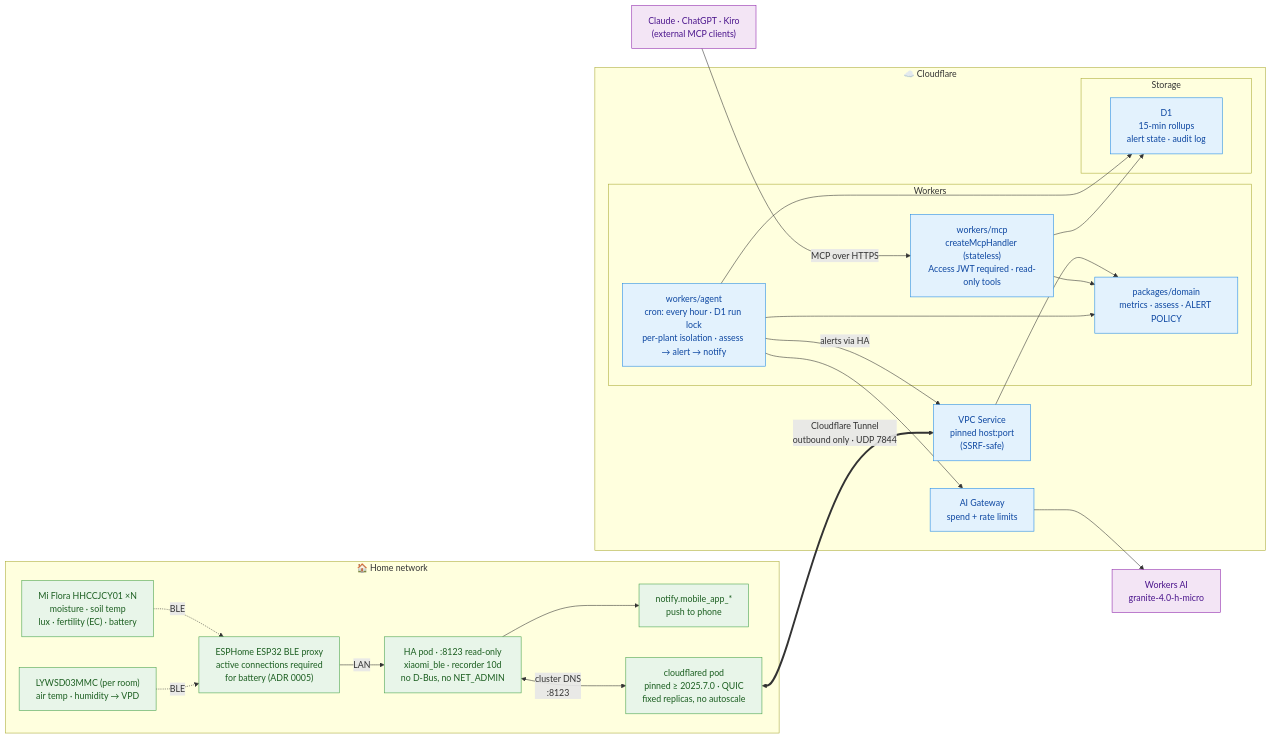
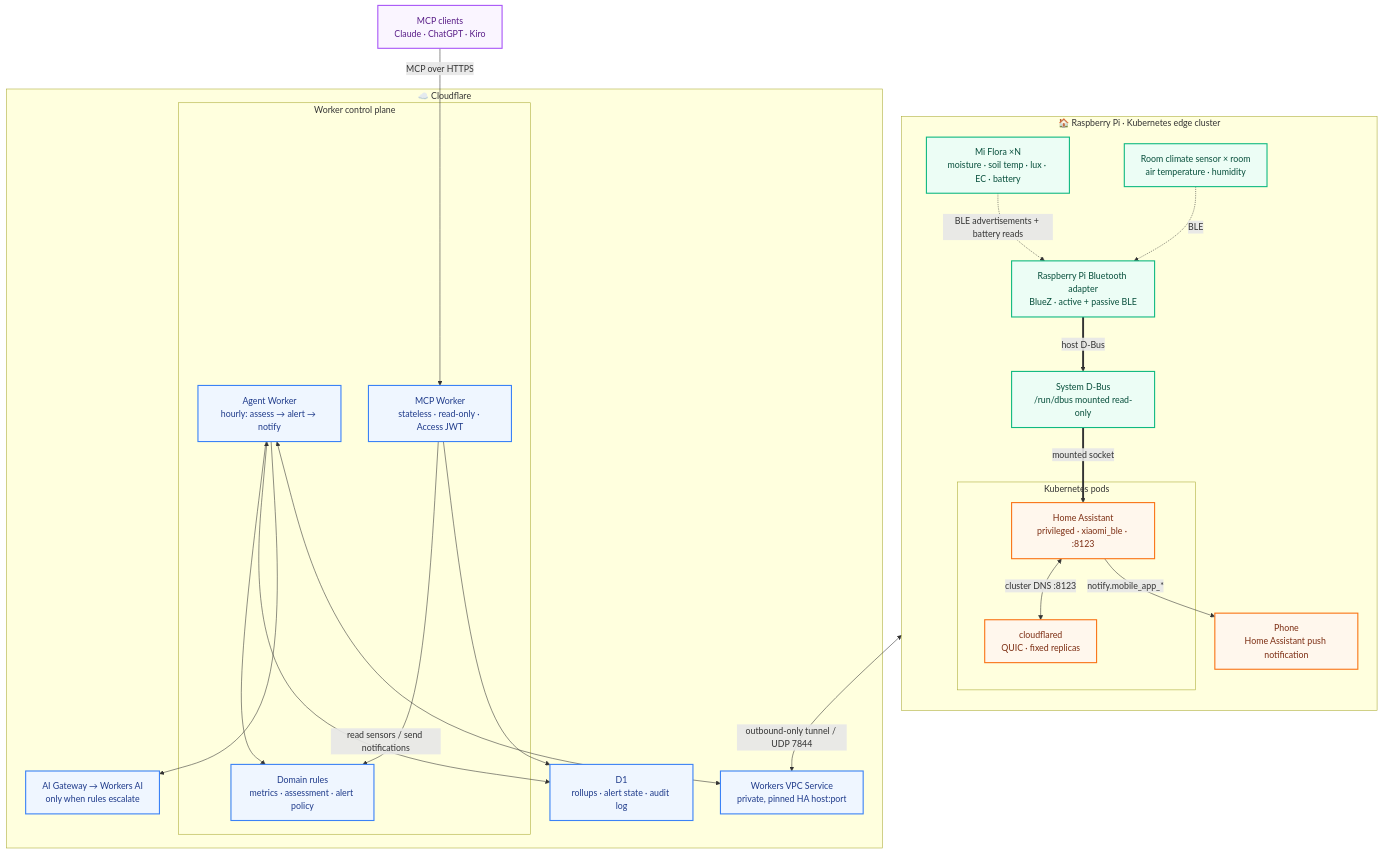
Before and after one commit to mysticrenji/agent-greenhopper: the diagram in README.md, drawn with Mermaid. The commit also changed other lines of this file and 5 other files, not shown here.

````diff
--- a/README.md
+++ b/README.md
@@ -20,55 +20,56 @@
 ```mermaid
-flowchart LR
-    subgraph HOME["🏠 Home network"]
-        MIFLORA["Mi Flora HHCCJCY01 ×N<br/>moisture · soil temp<br/>lux · fertility (EC) · battery"]
-        RHSENSOR["LYWSD03MMC (per room)<br/>air temp · humidity → VPD"]
-        PROXY["ESPHome ESP32 BLE proxy<br/>active connections required<br/>for battery (ADR 0005)"]
-        HA["HA pod · :8123 read-only<br/>xiaomi_ble · recorder 10d<br/>no D-Bus, no NET_ADMIN"]
-        NOTIFY["notify.mobile_app_*<br/>push to phone"]
-        CFD["cloudflared pod<br/>pinned ≥ 2025.7.0 · QUIC<br/>fixed replicas, no autoscale"]
+flowchart TB
+    subgraph EDGE["🏠 Raspberry Pi · Kubernetes edge cluster"]
+        direction TB
+        MIFLORA["Mi Flora ×N<br/>moisture · soil temp · lux · EC · battery"]
+        ROOM["Room climate sensor × room<br/>air temperature · humidity"]
+        BT["Raspberry Pi Bluetooth adapter<br/>BlueZ · active + passive BLE"]
+        DBUS["System D-Bus<br/>/run/dbus mounted read-only"]
 
-        MIFLORA -. BLE .-> PROXY
-        RHSENSOR -. BLE .-> PROXY
-        PROXY -- "LAN" --> HA
-        HA <-- "cluster DNS<br/>:8123" --> CFD
-        HA --> NOTIFY
+        subgraph PODS["Kubernetes pods"]
+            HA["Home Assistant<br/>privileged · xiaomi_ble · :8123"]
+            TUNNEL["cloudflared<br/>QUIC · fixed replicas"]
+        end
+
+        PHONE["Phone<br/>Home Assistant push notification"]
+
+        MIFLORA -.->|BLE advertisements + battery reads| BT
+        ROOM -.->|BLE| BT
+        BT ==>|host D-Bus| DBUS
+        DBUS ==>|mounted socket| HA
+        HA -->|notify.mobile_app_*| PHONE
+        HA <-->|cluster DNS :8123| TUNNEL
     end
 
-    CFD <== "Cloudflare Tunnel<br/>outbound only · UDP 7844" ==> VPC
+    TUNNEL <-->|outbound-only tunnel / UDP 7844| VPC
 
     subgraph CF["☁️ Cloudflare"]
-        VPC["VPC Service<br/>pinned host:port<br/>(SSRF-safe)"]
-
-        subgraph WORKERS["Workers"]
-            MCP["workers/mcp<br/>createMcpHandler (stateless)<br/>Access JWT required · read-only tools"]
-            AGENT["workers/agent<br/>cron: every hour · D1 run lock<br/>per-plant isolation · assess → alert → notify"]
-            CORE["packages/domain<br/>metrics · assess · ALERT POLICY"]
+        VPC["Workers VPC Service<br/>private, pinned HA host:port"]
+        subgraph WORKERS["Worker control plane"]
+            AGENT["Agent Worker<br/>hourly: assess → alert → notify"]
+            MCP["MCP Worker<br/>stateless · read-only · Access JWT"]
+            DOMAIN["Domain rules<br/>metrics · assessment · alert policy"]
         end
-
-        subgraph STORE["Storage"]
-            D1["D1<br/>15-min rollups<br/>alert state · audit log"]
-        end
-
-        GW["AI Gateway<br/>spend + rate limits"]
+        D1["D1<br/>rollups · alert state · audit log"]
+        AI["AI Gateway → Workers AI<br/>only when rules escalate"]
     end
 
-    LLM["Workers AI<br/>granite-4.0-h-micro"]
-    CLIENTS["Claude · ChatGPT · Kiro<br/>(external MCP clients)"]
+    CLIENTS["MCP clients<br/>Claude · ChatGPT · Kiro"]
 
-    VPC --> CORE
-    MCP --> CORE
-    AGENT --> CORE
-    AGENT --> D1
+    AGENT --> DOMAIN
+    MCP --> DOMAIN
+    AGENT <--> D1
     MCP --> D1
-    AGENT --> GW
-    GW --> LLM
-    AGENT -- "alerts via HA" --> VPC
-    CLIENTS -- "MCP over HTTPS" --> MCP
+    AGENT --> AI
+    AGENT <-->|read sensors / send notifications| VPC
+    CLIENTS -->|MCP over HTTPS| MCP
 
-    classDef home fill:#e8f5e9,stroke:#43a047,color:#1b5e20
-    classDef cloud fill:#e3f2fd,stroke:#1e88e5,color:#0d47a1
-    classDef ext fill:#f3e5f5,stroke:#8e24aa,color:#4a148c
-    class MIFLORA,RHSENSOR,PROXY,HA,NOTIFY,CFD home
-    class VPC,MCP,AGENT,CORE,D1,GW cloud
-    class LLM,CLIENTS ext
+    classDef sensor fill:#ECFDF5,stroke:#10B981,color:#064E3B,stroke-width:2px
+    classDef runtime fill:#FFF7ED,stroke:#F97316,color:#7C2D12,stroke-width:2px
+    classDef cloud fill:#EFF6FF,stroke:#3B82F6,color:#1E3A8A,stroke-width:2px
+    classDef client fill:#FAF5FF,stroke:#A855F7,color:#581C87,stroke-width:2px
+    class MIFLORA,ROOM,BT,DBUS sensor
+    class HA,TUNNEL,PHONE runtime
+    class VPC,AGENT,MCP,DOMAIN,D1,AI cloud
+    class CLIENTS client
 ```
````
